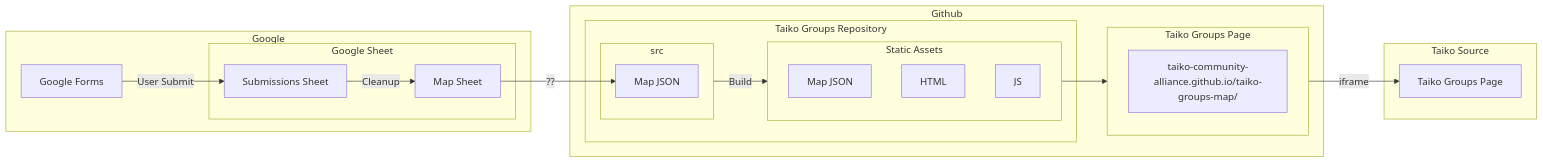
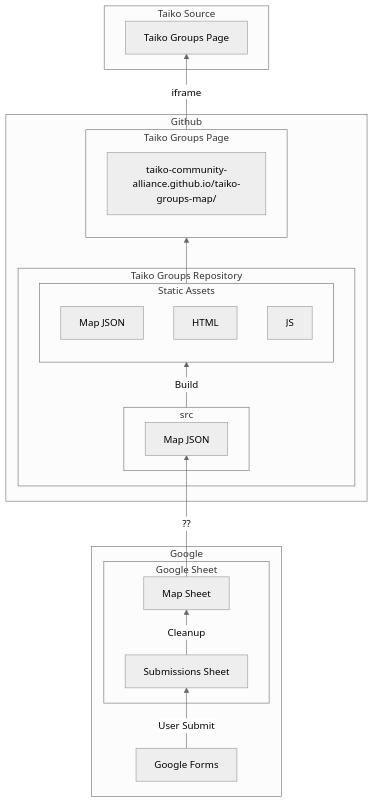
One commit to Taiko-Community-Alliance/taiko-groups-map changed the diagram in README.md. Above: the diagram before and after it, drawn with Mermaid.

Commit message:
Change chart layout

````diff
--- a/README.md
+++ b/README.md
@@ -14,31 +14,35 @@
 ```mermaid
-flowchart LR
+---
+config:
+  theme: neutral
+---
+flowchart BT
     subgraph GL["Google"]
         GF["Google Forms"] -- User Submit --> GSR
         subgraph GS["Google Sheet"]
             GSR["Submissions Sheet"] -- Cleanup --> GSP["Map Sheet"]
         end
     end
     GSP -- ?? --> GHJSON
     subgraph GH["Github"]
         subgraph GHR["Taiko Groups Repository"]
             subgraph SRC["src"]
                 GHJSON["Map JSON"]
             end
             subgraph ST["Static Assets"]
                 GHJSONST["Map JSON"]
                 HTML
                 JS
             end
             SRC -- Build --> ST
         end
         ST --> GHP
         subgraph GHP["Taiko Groups Page"]
             WEBPAGE["taiko-community-alliance.github.io/taiko-groups-map/"]
         end
     end
     GHP -- iframe --> TGPAGE
     subgraph TS["Taiko Source"]
         TGPAGE["Taiko Groups Page"]
     end
 ```
````
